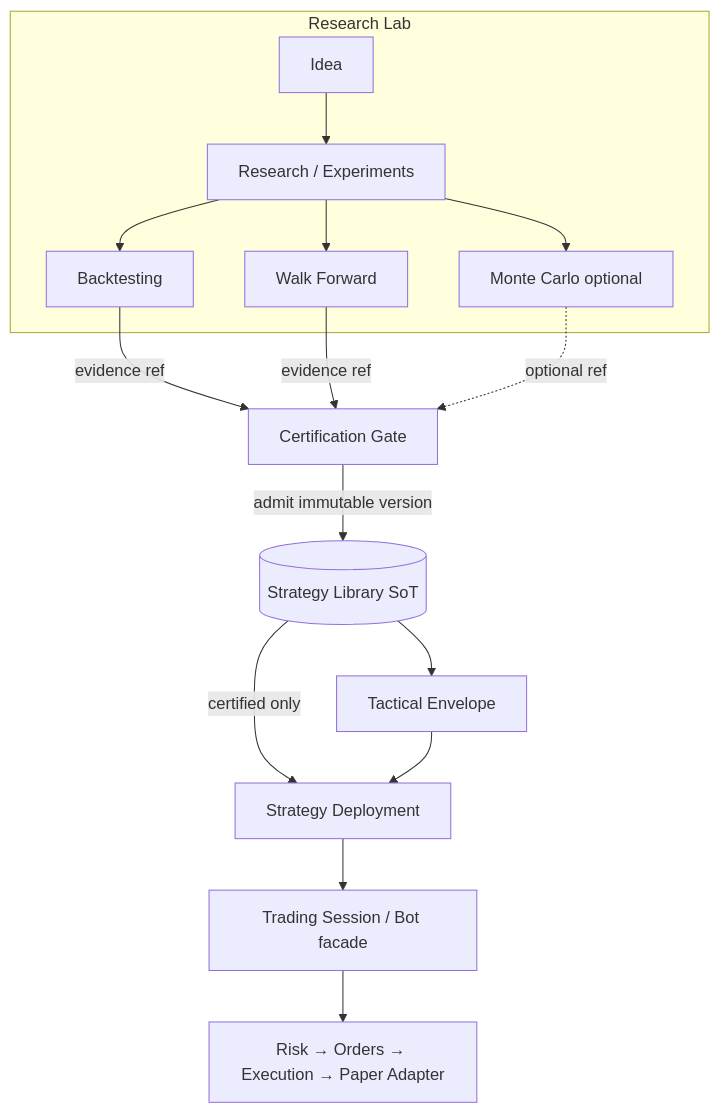
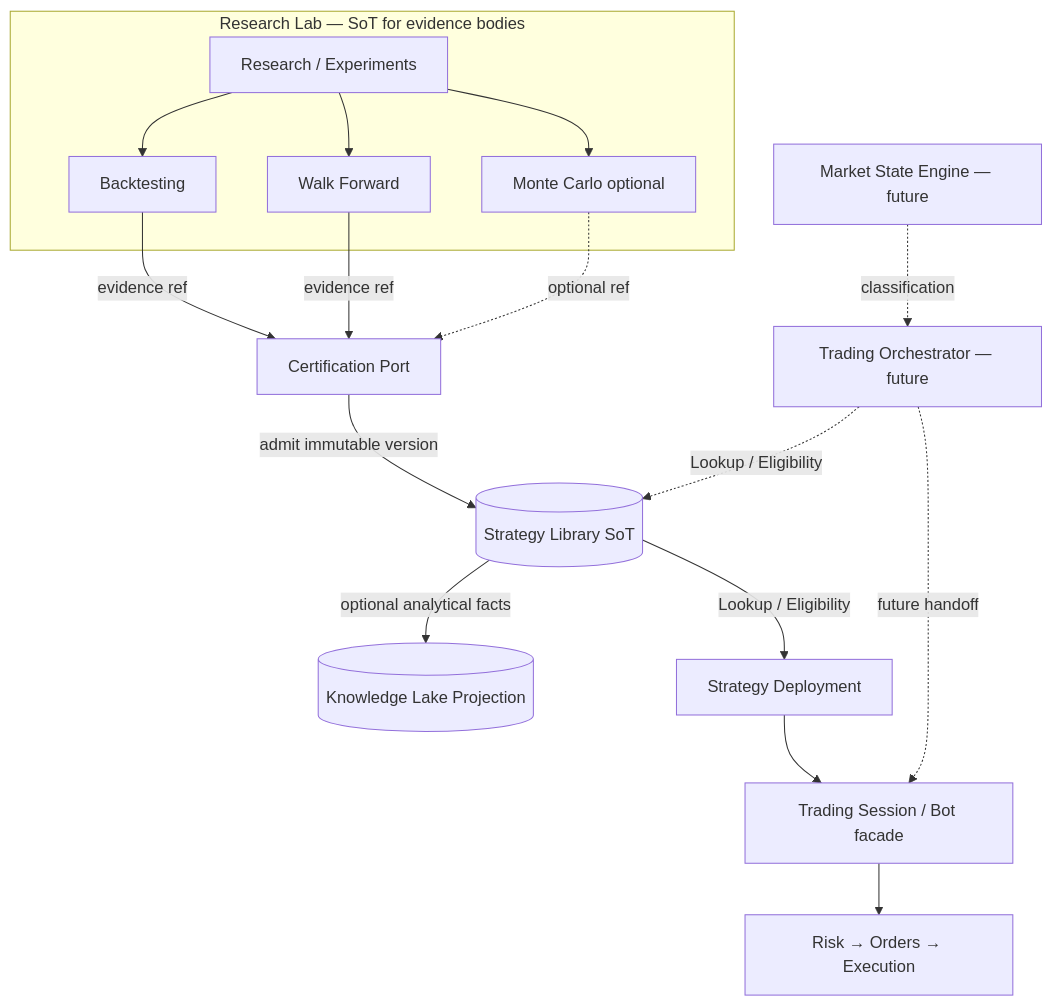
Before and after one commit to AleksandrWeber/TRP: the diagram in docs/project/rc-22-strategy-library-integration.md, drawn with Mermaid. The commit also changed other lines of this file and 64 other files, not shown here.

````diff
--- a/docs/project/rc-22-strategy-library-integration.md
+++ b/docs/project/rc-22-strategy-library-integration.md
@@ -148,31 +165,33 @@
 ```mermaid
 flowchart TB
-  subgraph Lab["Research Lab"]
-    Idea[Idea]
+  subgraph Lab["Research Lab — SoT for evidence bodies"]
     Research[Research / Experiments]
     BT[Backtesting]
     WF[Walk Forward]
     MC[Monte Carlo optional]
-    Idea --> Research
     Research --> BT
     Research --> WF
     Research --> MC
   end
 
-  Cert[Certification Gate]
+  Cert[Certification Port]
   Lib[(Strategy Library SoT)]
-  Env[Tactical Envelope]
+  Lake[(Knowledge Lake Projection)]
   Dep[Strategy Deployment]
   Sess[Trading Session / Bot facade]
-  Path[Risk → Orders → Execution → Paper Adapter]
+  Path[Risk → Orders → Execution]
+  Orch[Trading Orchestrator — future]
+  MSE[Market State Engine — future]
 
   BT -->|evidence ref| Cert
   WF -->|evidence ref| Cert
   MC -.->|optional ref| Cert
   Cert -->|admit immutable version| Lib
-  Lib --> Env
-  Lib -->|certified only| Dep
-  Env --> Dep
+  Lib -->|optional analytical facts| Lake
+  Lib -->|Lookup / Eligibility| Dep
   Dep --> Sess
   Sess --> Path
+  MSE -.->|classification| Orch
+  Orch -.->|Lookup / Eligibility| Lib
+  Orch -.->|future handoff| Sess
 ```
````
